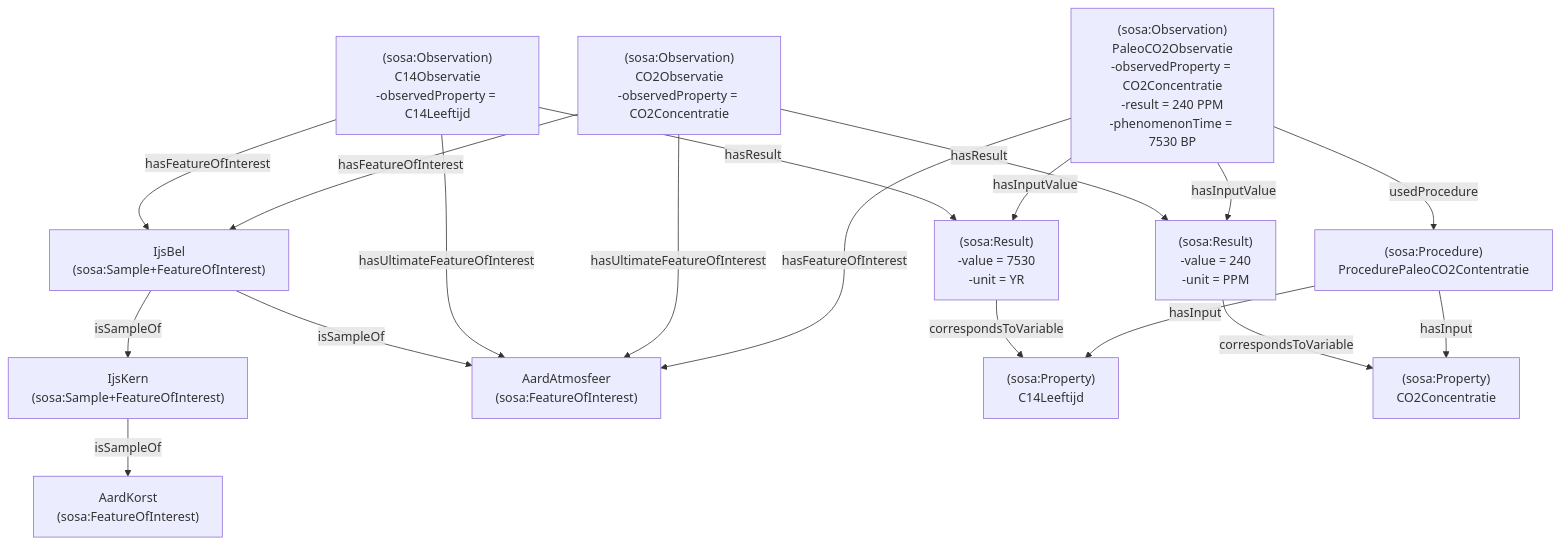
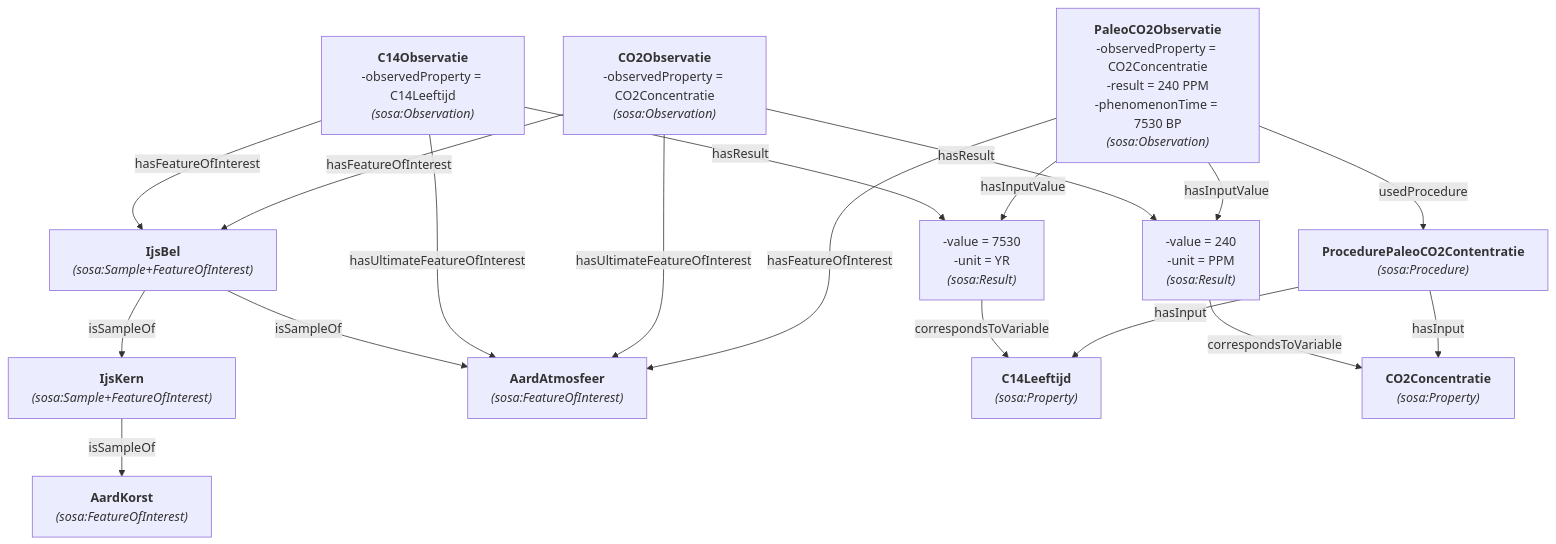
One commit to Informatievlaanderen/OSLOthema-SSNSOSA-VL changed the second of 2 diagrams in resources/paleo/README.md. Above: the diagram before and after it, drawn with Mermaid. The commit also changed other lines of this file, not shown here.

Commit message:
doc paleo atmosfeer

````diff
--- a/resources/paleo/README.md
+++ b/resources/paleo/README.md
@@ -72,70 +70,70 @@
 ```mermaid
 %%flowchart TD
 graph TD
 
 %% Features of Interest & Samples
-A["`AardKorst
-(sosa:FeatureOfInterest)`"]
-B["`IjsKern
-(sosa:Sample+FeatureOfInterest)`"]
-C["`IjsBel
-(sosa:Sample+FeatureOfInterest)`"]
-D["`AardAtmosfeer
-(sosa:FeatureOfInterest)`"]
+A["`**AardKorst**
+*(sosa:FeatureOfInterest)*`"]
+B["`**IjsKern**
+*(sosa:Sample+FeatureOfInterest)*`"]
+C["`**IjsBel**
+*(sosa:Sample+FeatureOfInterest)*`"]
+D["`**AardAtmosfeer**
+*(sosa:FeatureOfInterest)*`"]
 
 B -->|isSampleOf| A
 C -->|isSampleOf| B
 C -->|isSampleOf| D
 
 %% Observed properties
-P1["`(sosa:Property)
-C14Leeftijd`"]
-P2["`(sosa:Property)
-CO2Concentratie`"]
+P1["`**C14Leeftijd**
+*(sosa:Property)*`"]
+P2["`**CO2Concentratie**
+*(sosa:Property)*`"]
 
 %% Original Observations
-O1["`(sosa:Observation)
-C14Observatie
--observedProperty = C14Leeftijd`"]
-R1["`(sosa:Result)
--value = 7530
--unit = YR`"]
-O2["`(sosa:Observation)
-CO2Observatie
--observedProperty = CO2Concentratie`"]
-R2["`(sosa:Result)
--value = 240
--unit = PPM`"]
+O1["`**C14Observatie**
+-observedProperty = C14Leeftijd
+*(sosa:Observation)*`"]
+R1["`-value = 7530
+-unit = YR
+*(sosa:Result)*`"]
+O2["`**CO2Observatie**
+-observedProperty = CO2Concentratie
+*(sosa:Observation)*`"]
+R2["`-value = 240
+-unit = PPM
+*(sosa:Result)*`"]
 
 O1 -->|hasFeatureOfInterest| C
 O2 -->|hasFeatureOfInterest| C
 O1 -->|hasUltimateFeatureOfInterest| D
 O2 -->|hasUltimateFeatureOfInterest| D
 O1 -->|hasResult| R1
 O2 -->|hasResult| R2
 R1 -->|correspondsToVariable| P1
 R2 -->|correspondsToVariable| P2
 
 %% Derived Paleo Observation
-P["`(sosa:Observation)
-PaleoCO2Observatie
+P["`**PaleoCO2Observatie**
 -observedProperty = CO2Concentratie
 -result = 240 PPM
--phenomenonTime = 7530 BP`"]
+-phenomenonTime = 7530 BP
+*(sosa:Observation)*`"]
 
 P -->|hasFeatureOfInterest| D
 
 %% Input relations
 P -->|hasInputValue| R1
 P -->|hasInputValue| R2
 
 %% Procedure
-PR["`(sosa:Procedure)
-ProcedurePaleoCO2Contentratie`"]
+PR["`**ProcedurePaleoCO2Contentratie**
+*(sosa:Procedure)*`"]
 
 P -->|usedProcedure| PR
 
 PR -->|hasInput| P1
 PR -->|hasInput| P2
 
 ```
````
